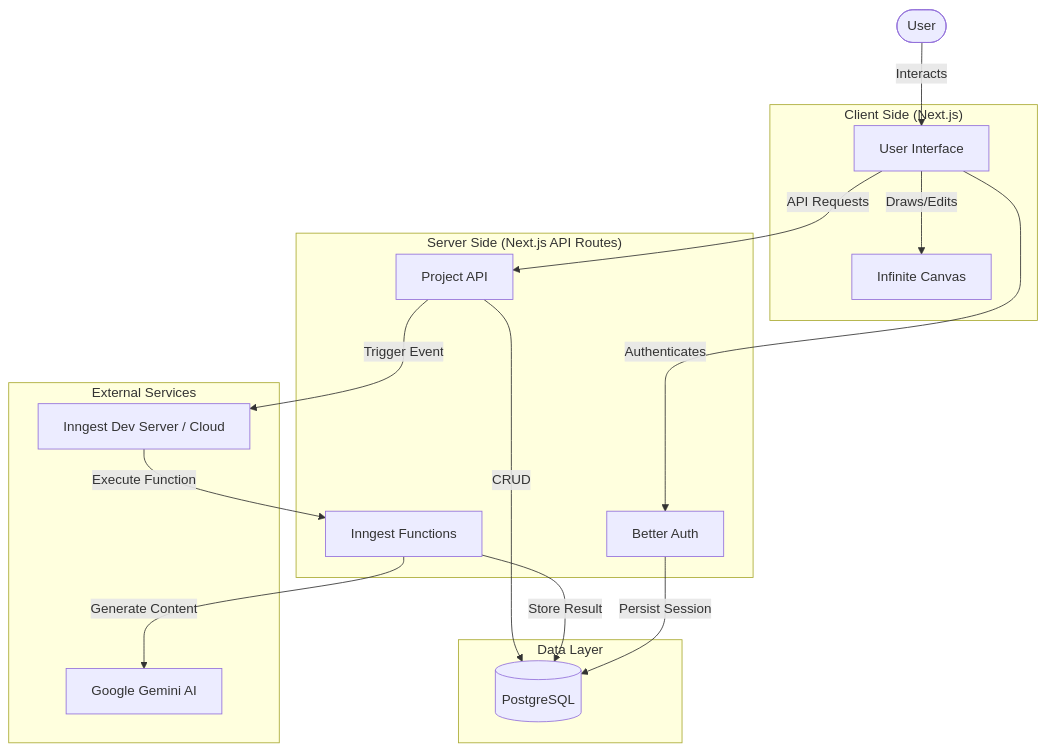
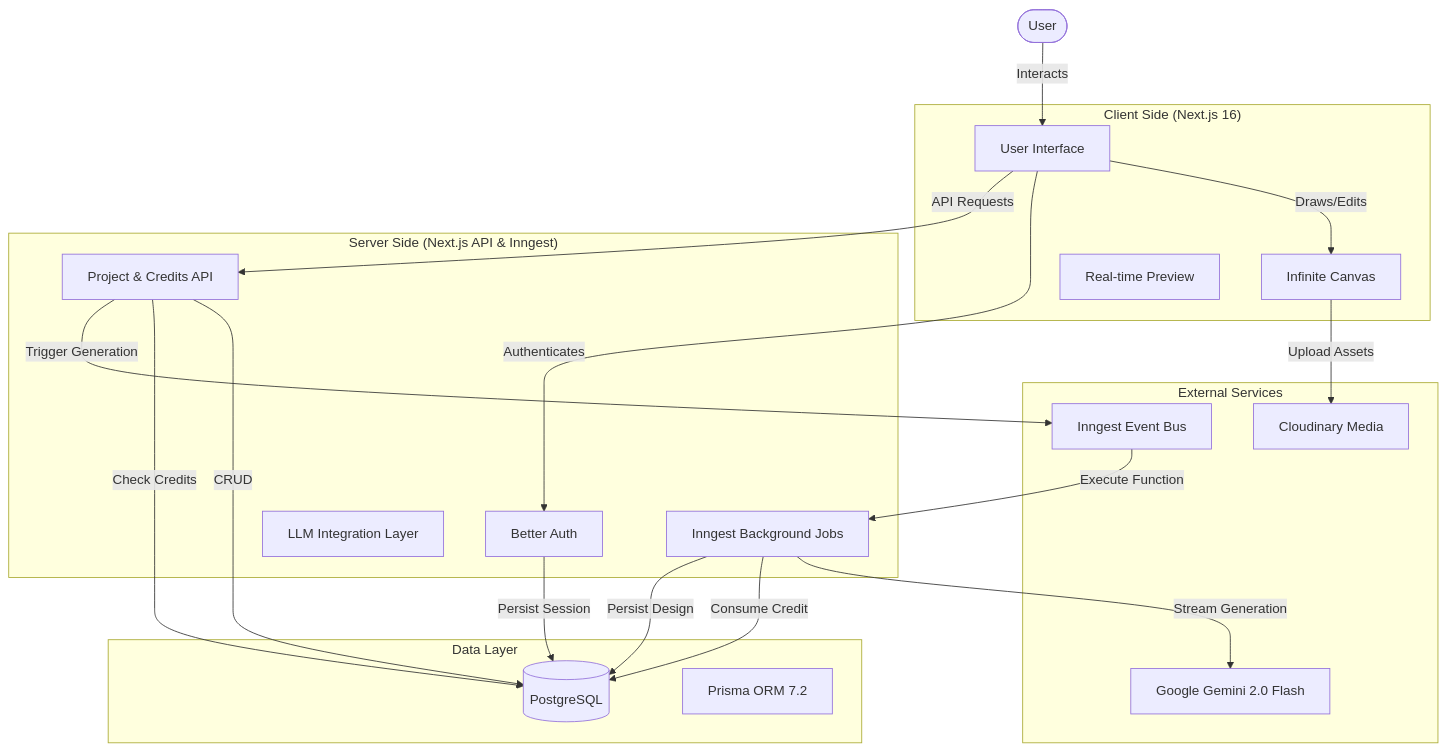
One commit to lwshakib/sketch-design-with-ai changed the diagram in README.md. Above: the diagram before and after it, drawn with Mermaid. The commit also changed other lines of this file and 2 other files, not shown here.

Commit message:
docs: Update README to reflect credit system, Cloudinary integration, latest tech stack versions, and improved setup instructions.

````diff
--- a/README.md
+++ b/README.md
@@ -26,37 +28,44 @@
 ```mermaid
 graph TD
     User([User])
-    subgraph Client ["Client Side (Next.js)"]
+    subgraph Client ["Client Side (Next.js 16)"]
         UI[User Interface]
         Canvas[Infinite Canvas]
+        Preview[Real-time Preview]
     end
 
-    subgraph Server ["Server Side (Next.js API Routes)"]
+    subgraph Server ["Server Side (Next.js API & Inngest)"]
         Auth[Better Auth]
-        InngestAPI[Inngest Functions]
-        ProjectAPI[Project API]
+        InngestAPI[Inngest Background Jobs]
+        ProjectAPI[Project & Credits API]
+        LLM[LLM Integration Layer]
     end
 
     subgraph Services ["External Services"]
-        Gemini[Google Gemini AI]
-        InngestCloud[Inngest Dev Server / Cloud]
+        Gemini[Google Gemini 2.0 Flash]
+        InngestCloud[Inngest Event Bus]
+        Cloudinary[Cloudinary Media]
     end
 
     subgraph Data ["Data Layer"]
         DB[(PostgreSQL)]
+        Prisma[Prisma ORM 7.2]
     end
 
     User -->|Interacts| UI
     UI -->|Draws/Edits| Canvas
     UI -->|Authenticates| Auth
     UI -->|API Requests| ProjectAPI
 
     ProjectAPI -->|CRUD| DB
-    ProjectAPI -->|Trigger Event| InngestCloud
+    ProjectAPI -->|Check Credits| DB
+    ProjectAPI -->|Trigger Generation| InngestCloud
 
     InngestCloud -->|Execute Function| InngestAPI
-    InngestAPI -->|Generate Content| Gemini
-    InngestAPI -->|Store Result| DB
+    InngestAPI -->|Stream Generation| Gemini
+    InngestAPI -->|Consume Credit| DB
+    InngestAPI -->|Persist Design| DB
 
     Auth -->|Persist Session| DB
+    Canvas -->|Upload Assets| Cloudinary
 ```
````
